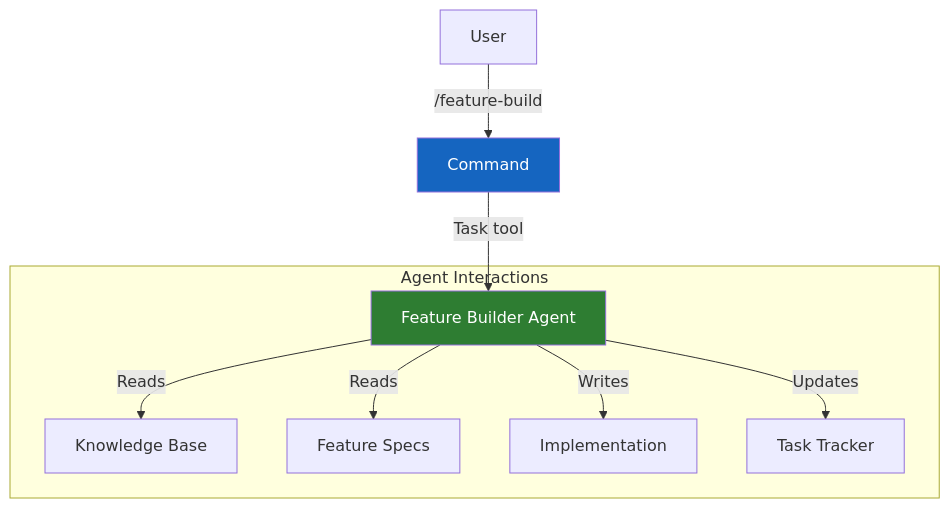
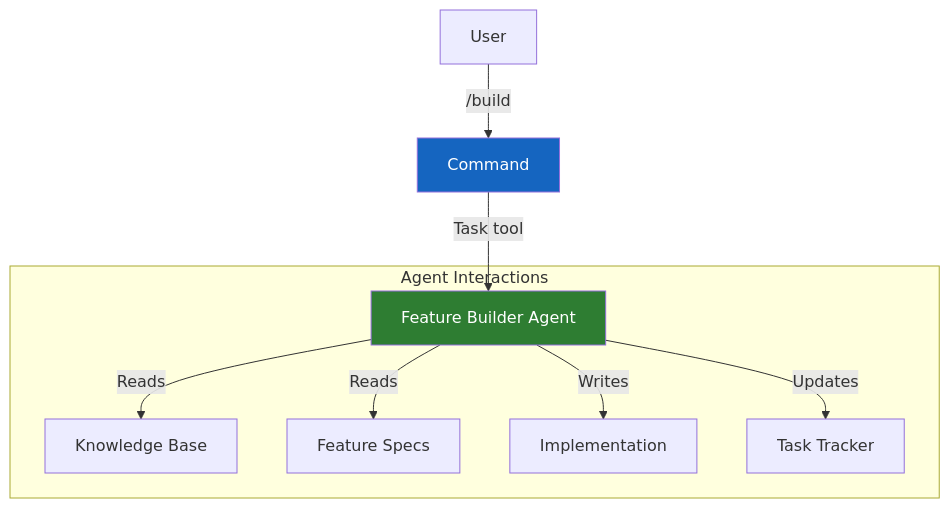
One commit to rp1-run/rp1 changed the first of 2 diagrams in docs/concepts/command-agent-pattern.md. Above: the diagram before and after it, drawn with Mermaid. The commit also changed other lines of this file and 42 other files, not shown here.

````diff
--- a/docs/concepts/command-agent-pattern.md
+++ b/docs/concepts/command-agent-pattern.md
@@ -14,15 +14,15 @@
 ```mermaid
 flowchart TB
-    User[User] -->|/feature-build| Command[Command]
+    User[User] -->|/build| Command[Command]
     Command -->|Task tool| Agent[Feature Builder Agent]
 
     subgraph "Agent Interactions"
         Agent -->|Reads| KB[Knowledge Base]
         Agent -->|Reads| Specs[Feature Specs]
         Agent -->|Writes| Code[Implementation]
         Agent -->|Updates| Tasks[Task Tracker]
     end
 
     style Command fill:#1565c0,color:#fff
     style Agent fill:#2e7d32,color:#fff
 ```
````
